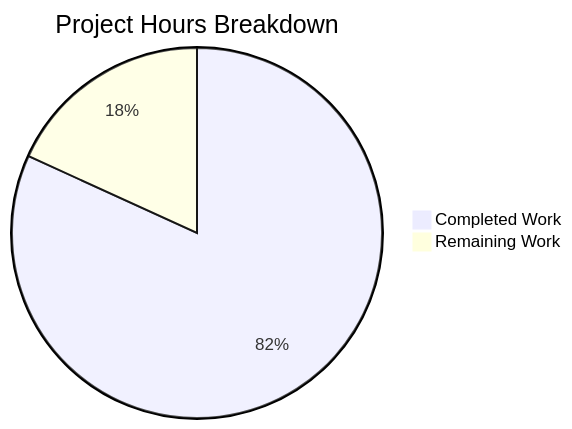
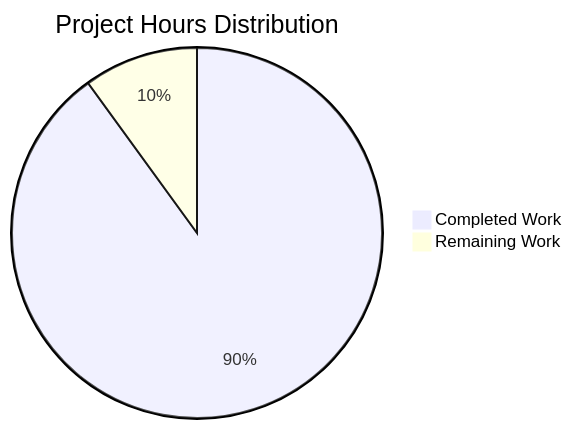
The diagram in blitzy/documentation/Project Guide.md (blitzytest02/30_1), drawn with Mermaid before and after one commit. The commit also changed other lines of this file, not shown here.

Commit message:
Adding Blitzy Project Guide: Project Status and Human Tasks Remaining

````diff
--- a/blitzy/documentation/Project Guide.md
+++ b/blitzy/documentation/Project Guide.md
@@ -95,5 +40,5 @@
 ```mermaid
-pie title Project Hours Breakdown
-    "Completed Work" : 9
-    "Remaining Work" : 2
+pie title Project Hours Distribution
+    "Completed Work" : 4.5
+    "Remaining Work" : 0.5
 ```
````
